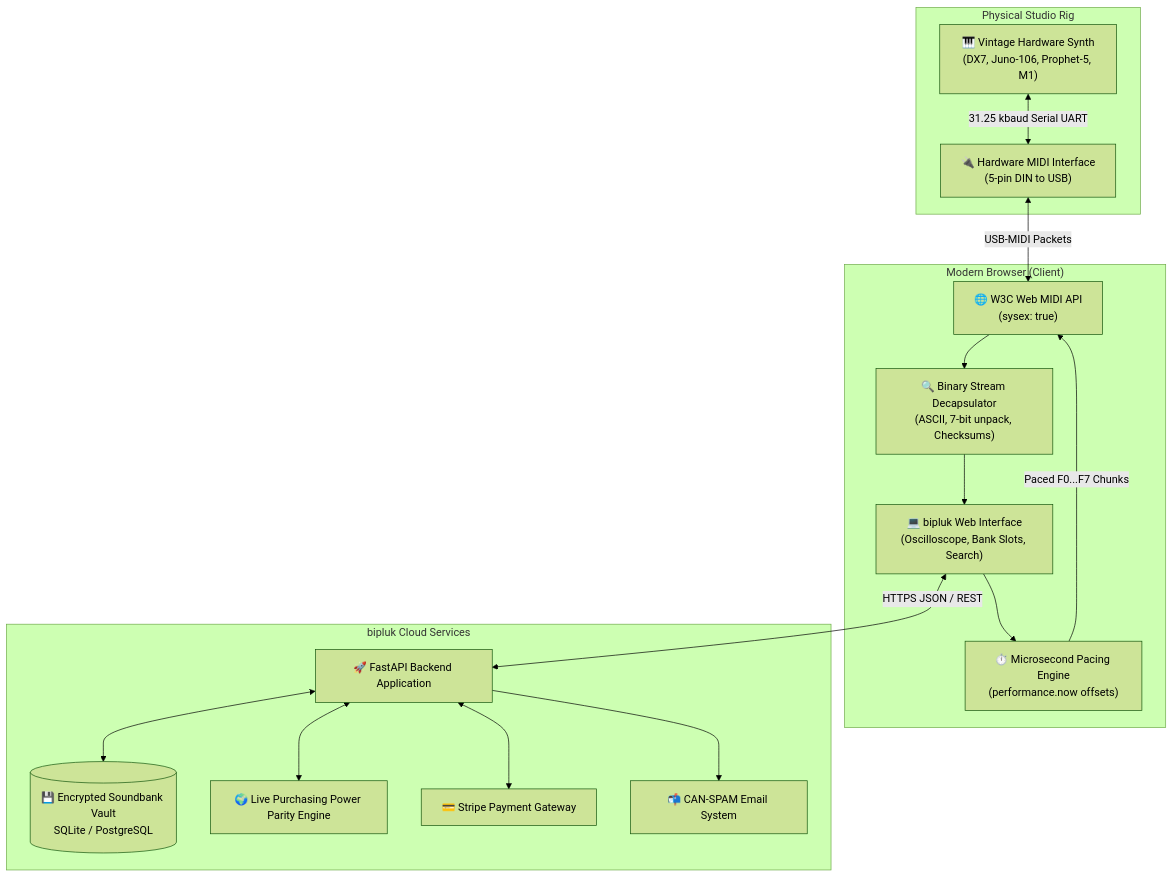
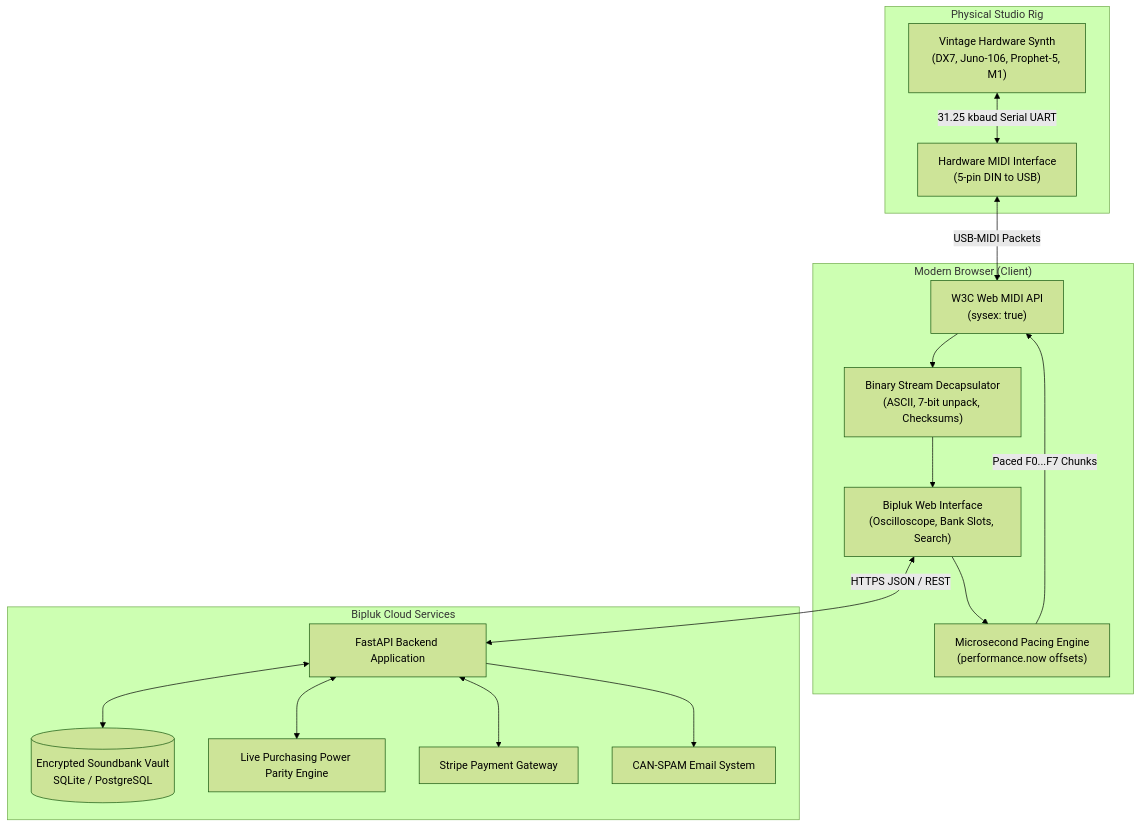
The second of 4 diagrams in README.md (maxcomperatore/bipluk), drawn with Mermaid (forest theme) before and after one commit. The commit also changed other lines of this file and 3 other files, not shown here.

````diff
--- a/README.md
+++ b/README.md
@@ -113,35 +113,35 @@
 ```mermaid
 flowchart TD
     subgraph Hardware ["Physical Studio Rig"]
-        Synth["🎹 Vintage Hardware Synth<br>(DX7, Juno-106, Prophet-5, M1)"]
-        MIDI_IF["🔌 Hardware MIDI Interface<br>(5-pin DIN to USB)"]
+        Synth["Vintage Hardware Synth<br>(DX7, Juno-106, Prophet-5, M1)"]
+        MIDI_IF["Hardware MIDI Interface<br>(5-pin DIN to USB)"]
         Synth <-->|"31.25 kbaud Serial UART"| MIDI_IF
     end
 
     subgraph Browser ["Modern Browser (Client)"]
-        WebMIDI["🌐 W3C Web MIDI API<br>(sysex: true)"]
-        Scheduler["⏱️ Microsecond Pacing Engine<br>(performance.now offsets)"]
-        Decoder["🔍 Binary Stream Decapsulator<br>(ASCII, 7-bit unpack, Checksums)"]
-        UI["💻 bipluk Web Interface<br>(Oscilloscope, Bank Slots, Search)"]
+        WebMIDI["W3C Web MIDI API<br>(sysex: true)"]
+        Scheduler["Microsecond Pacing Engine<br>(performance.now offsets)"]
+        Decoder["Binary Stream Decapsulator<br>(ASCII, 7-bit unpack, Checksums)"]
+        UI["Bipluk Web Interface<br>(Oscilloscope, Bank Slots, Search)"]
         
         MIDI_IF <-->|"USB-MIDI Packets"| WebMIDI
         WebMIDI --> Decoder
         Decoder --> UI
         UI --> Scheduler
         Scheduler -->|"Paced F0...F7 Chunks"| WebMIDI
     end
 
-    subgraph Cloud ["bipluk Cloud Services"]
-        Server["🚀 FastAPI Backend Application"]
-        Vault[("💾 Encrypted Soundbank Vault<br>SQLite / PostgreSQL")]
-        PPP["🌍 Live Purchasing Power Parity Engine"]
-        Stripe["💳 Stripe Payment Gateway"]
-        Resend["📬 CAN-SPAM Email System"]
+    subgraph Cloud ["Bipluk Cloud Services"]
+        Server["FastAPI Backend Application"]
+        Vault[("Encrypted Soundbank Vault<br>SQLite / PostgreSQL")]
+        PPP["Live Purchasing Power Parity Engine"]
+        Stripe["Stripe Payment Gateway"]
+        Resend["CAN-SPAM Email System"]
 
         UI <-->|"HTTPS JSON / REST"| Server
         Server <--> Vault
         Server <--> PPP
         Server <--> Stripe
         Server --> Resend
     end
 ```
````
